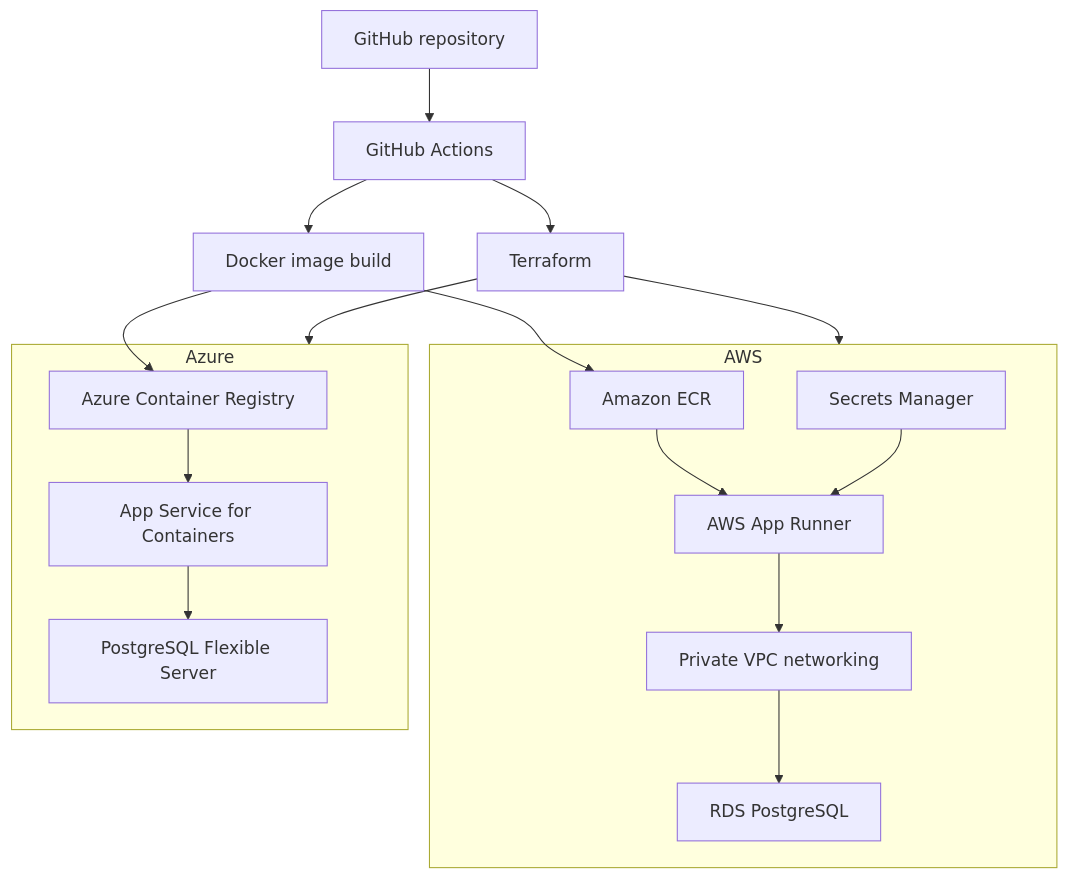
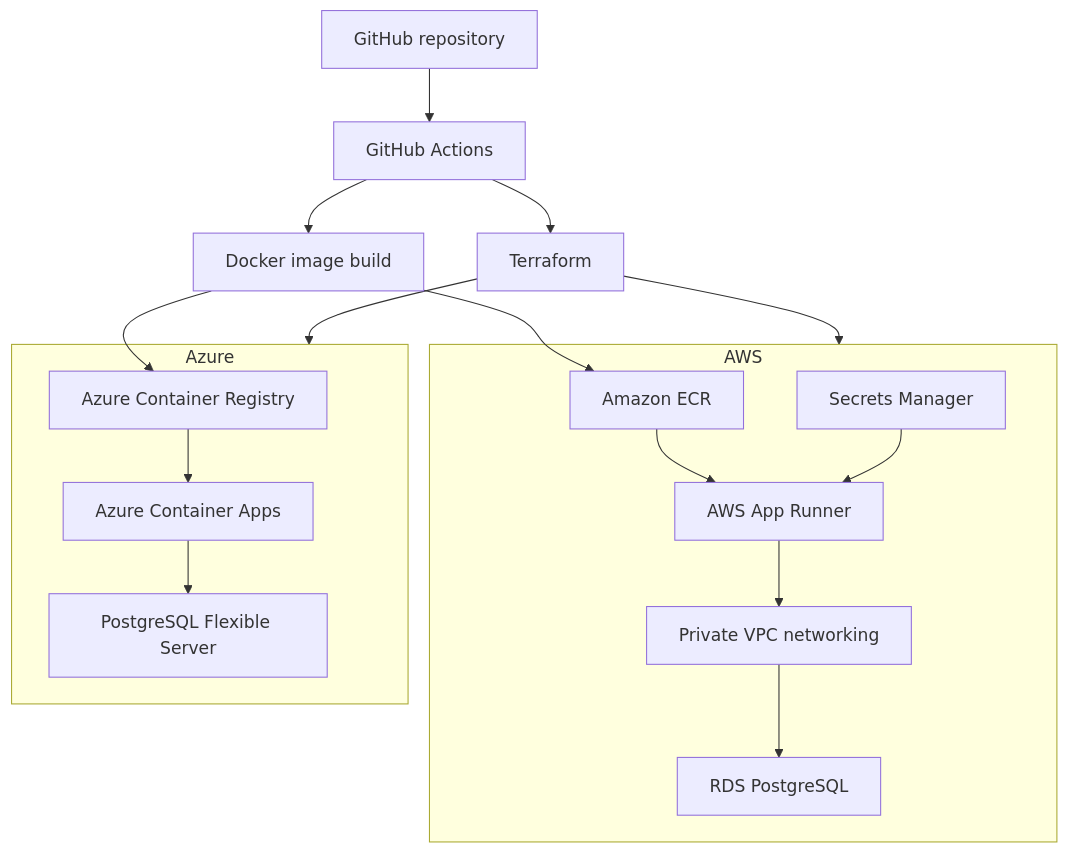
The first of 2 diagrams in README.md (aldoapicella/timelock-api), drawn with Mermaid before and after one commit. The commit also changed other lines of this file and 3 other files, not shown here.

Commit message:
Use Azure Container Apps for Terraform deployment

````diff
--- a/README.md
+++ b/README.md
@@ -20,32 +20,32 @@
 ```mermaid
 flowchart TB
     repo["GitHub repository"] --> actions["GitHub Actions"]
     actions --> terraform["Terraform"]
     actions --> image["Docker image build"]
 
     terraform --> aws["AWS stack"]
     terraform --> azure["Azure stack"]
 
     subgraph aws["AWS"]
         ecr["Amazon ECR"]
         apprunner["AWS App Runner"]
         rds["RDS PostgreSQL"]
         secrets["Secrets Manager"]
         vpc["Private VPC networking"]
         ecr --> apprunner
         secrets --> apprunner
         apprunner --> vpc
         vpc --> rds
     end
 
     subgraph azure["Azure"]
         acr["Azure Container Registry"]
-        appservice["App Service for Containers"]
+        appservice["Azure Container Apps"]
         pgflex["PostgreSQL Flexible Server"]
         acr --> appservice
         appservice --> pgflex
     end
 
     image --> ecr
     image --> acr
 ```
````
